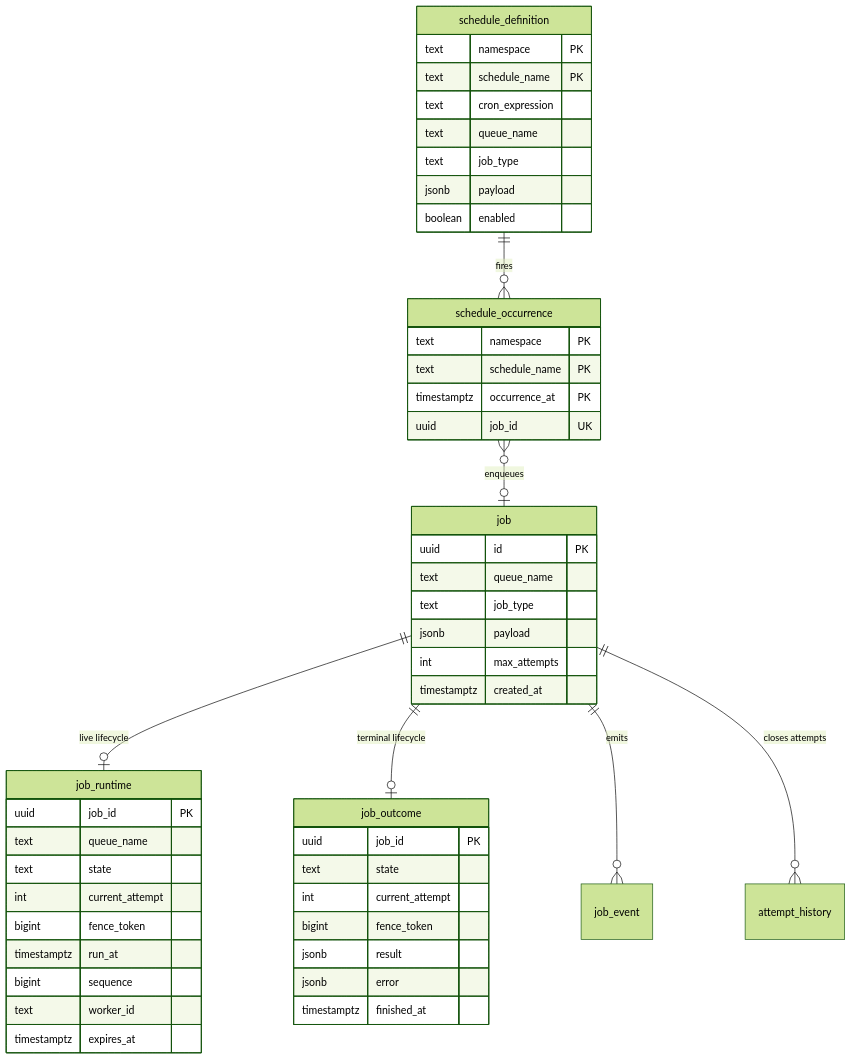
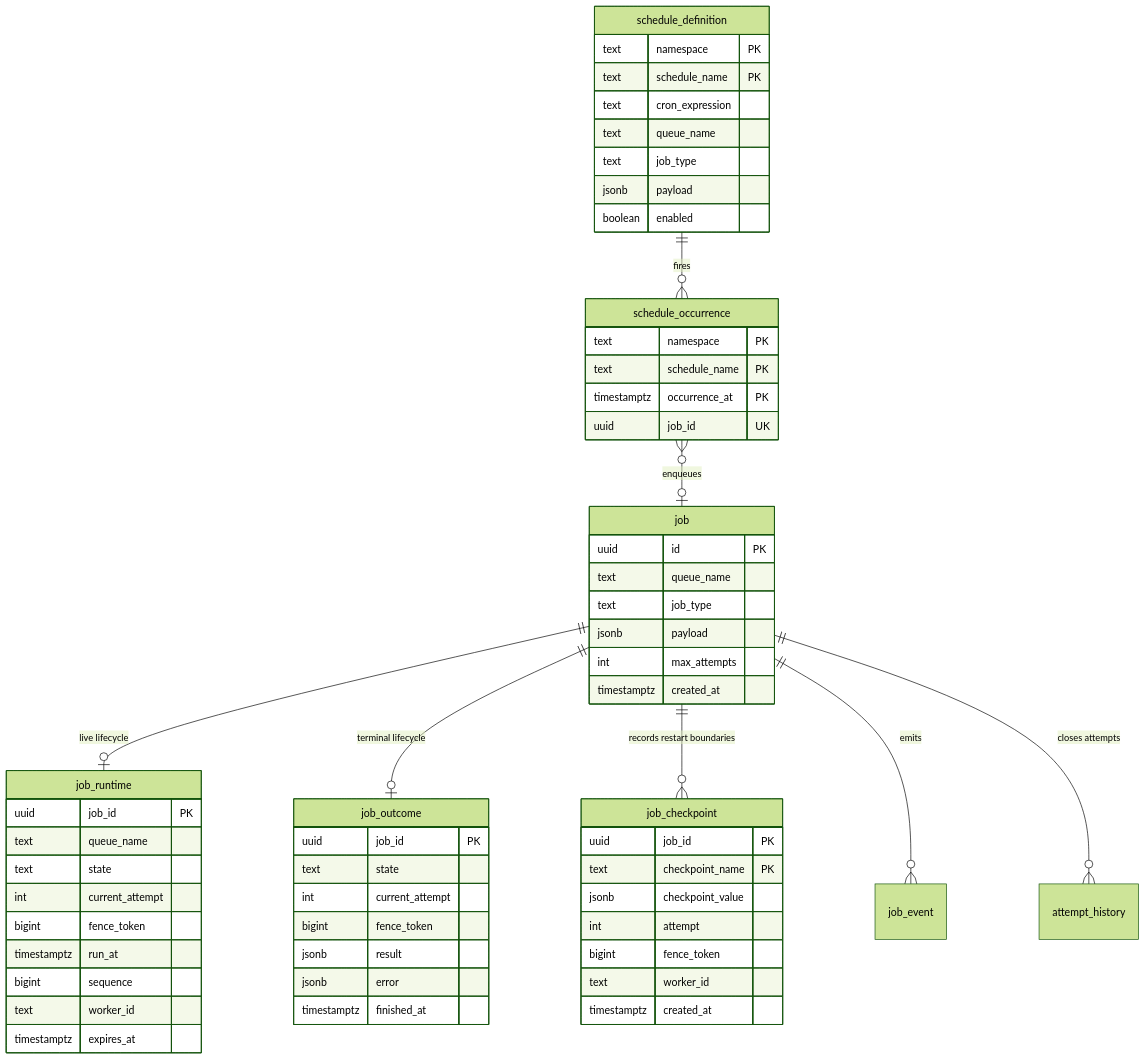
The second of 3 diagrams in docs/architecture.md (stablemates/workhorse), drawn with Mermaid (forest theme) before and after one commit. The commit also changed other lines of this file and 13 other files, not shown here.

````diff
--- a/docs/architecture.md
+++ b/docs/architecture.md
@@ -34,53 +34,63 @@
 ```mermaid
 erDiagram
   job ||--o| job_runtime : "live lifecycle"
   job ||--o| job_outcome : "terminal lifecycle"
+  job ||--o{ job_checkpoint : "records restart boundaries"
   job ||--o{ job_event : "emits"
   job ||--o{ attempt_history : "closes attempts"
   schedule_definition ||--o{ schedule_occurrence : "fires"
   schedule_occurrence }o--o| job : "enqueues"
 
   job {
     uuid id PK
     text queue_name
     text job_type
     jsonb payload
     int max_attempts
     timestamptz created_at
   }
   job_runtime {
     uuid job_id PK
     text queue_name
     text state
     int current_attempt
     bigint fence_token
     timestamptz run_at
     bigint sequence
     text worker_id
     timestamptz expires_at
   }
   job_outcome {
     uuid job_id PK
     text state
     int current_attempt
     bigint fence_token
     jsonb result
     jsonb error
     timestamptz finished_at
   }
+  job_checkpoint {
+    uuid job_id PK
+    text checkpoint_name PK
+    jsonb checkpoint_value
+    int attempt
+    bigint fence_token
+    text worker_id
+    timestamptz created_at
+  }
   schedule_definition {
     text namespace PK
     text schedule_name PK
     text cron_expression
     text queue_name
     text job_type
     jsonb payload
     boolean enabled
   }
   schedule_occurrence {
     text namespace PK
     text schedule_name PK
     timestamptz occurrence_at PK
     uuid job_id UK
   }
 ```
````
